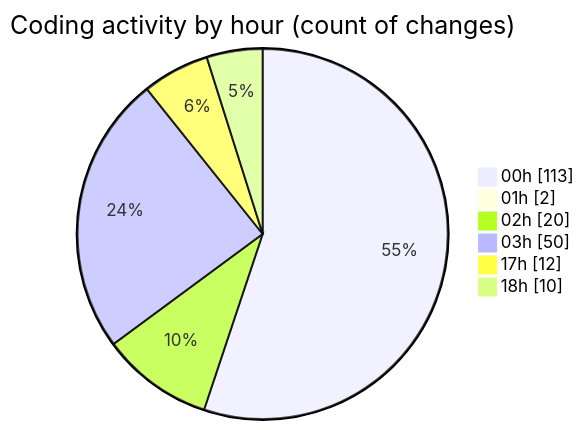
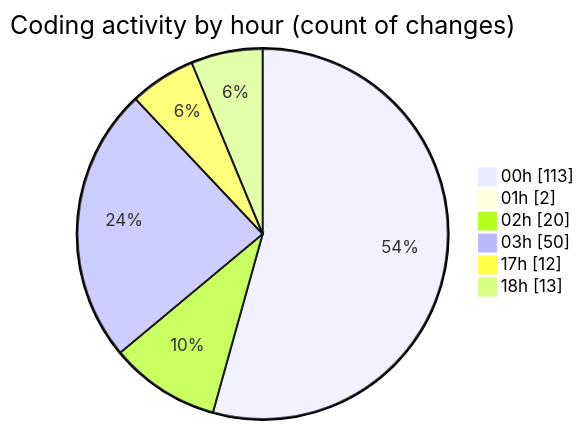
Before and after one commit to lephambinh05/code-tracking: the second of 2 diagrams in 2025-08-06/napxuvn/README.md, drawn with Mermaid. The commit also changed other lines of this file and 1 other file, not shown here.

````diff
--- a/2025-08-06/napxuvn/README.md
+++ b/2025-08-06/napxuvn/README.md
@@ -130,10 +130,10 @@
 ```mermaid
 pie showData
 title Coding activity by hour (count of changes)
 "00h" : 113
 "01h" : 2
 "02h" : 20
 "03h" : 50
 "17h" : 12
-"18h" : 10
+"18h" : 13
 ```
````
